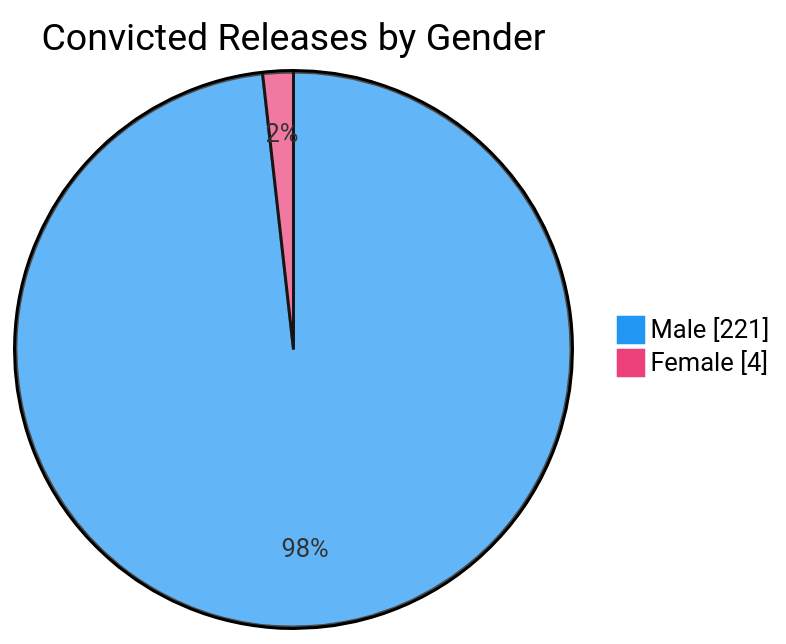
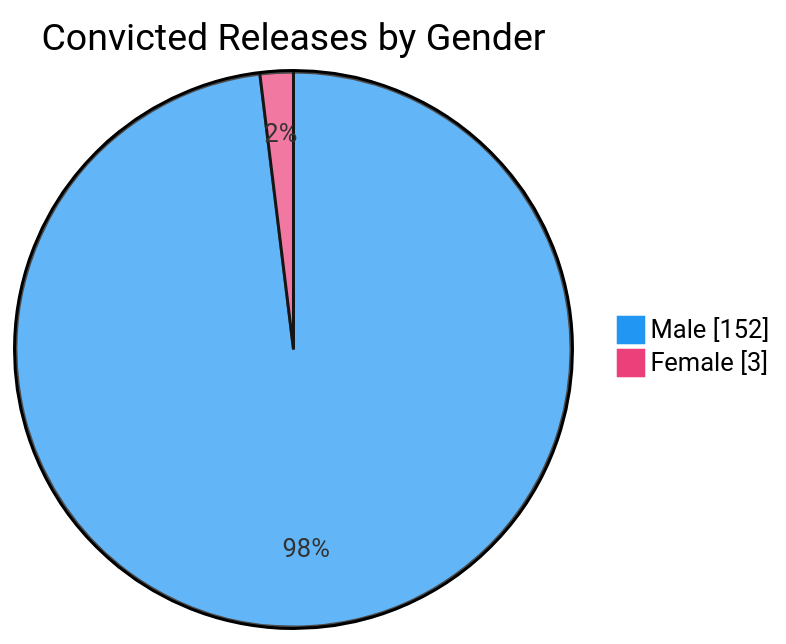
One commit to nuuuwan/lk_prisons changed the sixth of 7 diagrams in README.md. Above: the diagram before and after it, drawn with Mermaid. The commit also changed other lines of this file and 1 other file, not shown here.

````diff
--- a/README.md
+++ b/README.md
@@ -98,6 +98,6 @@
 ```mermaid
 %%{init: {'themeVariables': {'pie1': '#2196F3', 'pie2': '#EC407A'}}}%%
 pie showData title Convicted Releases by Gender
-    "Male" : 221
-    "Female" : 4
+    "Male" : 152
+    "Female" : 3
 ```
````
